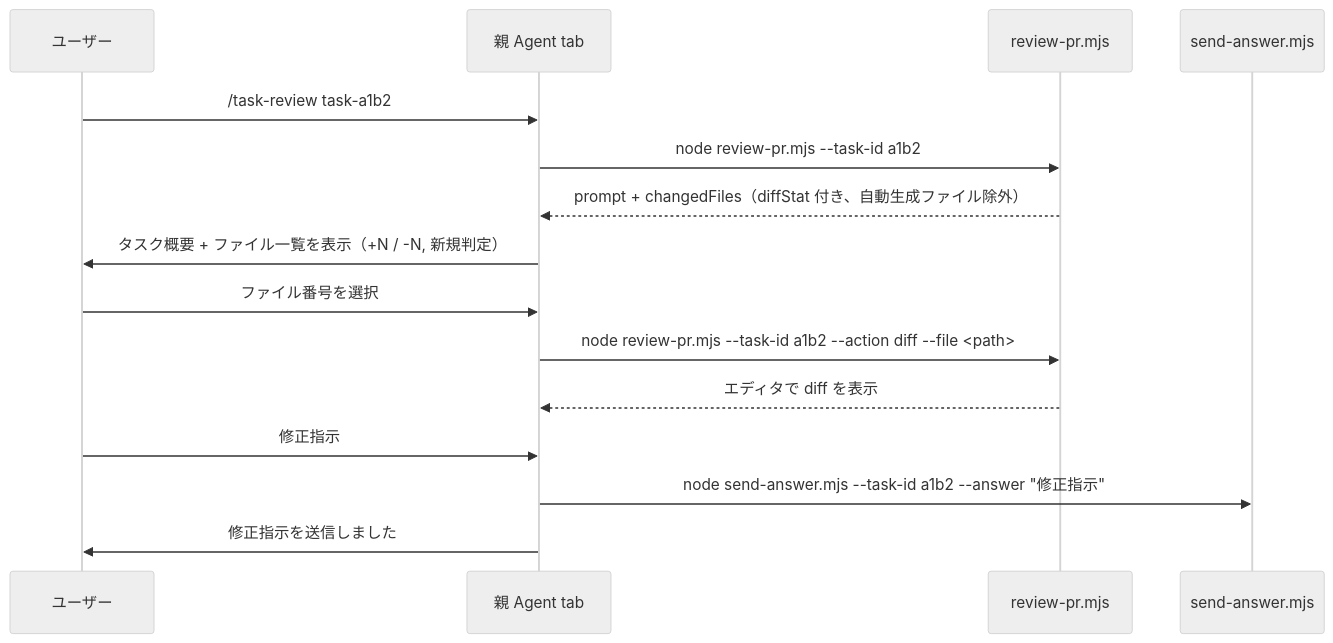
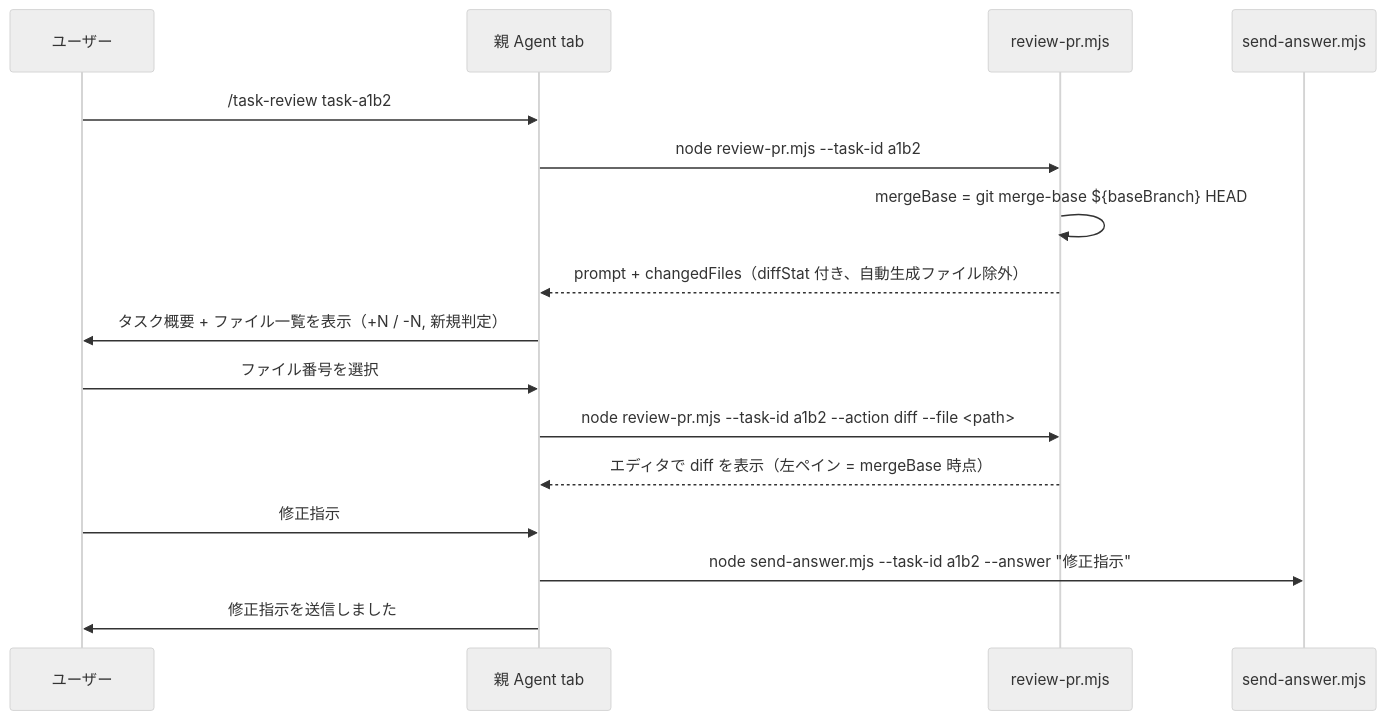
The ninth of 14 diagrams in DESIGN.md (retocrooman/cursor-power), drawn with Mermaid (neutral theme) before and after one commit. The commit also changed other lines of this file and 2 other files, not shown here.

First line of the commit message:
fix(review): use merge-base for diff baseline instead of baseBranch tip

````diff
--- a/DESIGN.md
+++ b/DESIGN.md
@@ -417,18 +423,19 @@
 ```mermaid
 sequenceDiagram
   participant U as ユーザー
   participant P as 親 Agent tab
   participant S as review-pr.mjs
   participant A as send-answer.mjs
 
   U->>P: /task-review task-a1b2
   P->>S: node review-pr.mjs --task-id a1b2
+  S->>S: mergeBase = git merge-base ${baseBranch} HEAD
   S-->>P: prompt + changedFiles（diffStat 付き、自動生成ファイル除外）
   P->>U: タスク概要 + ファイル一覧を表示（+N / -N, 新規判定）
   U->>P: ファイル番号を選択
   P->>S: node review-pr.mjs --task-id a1b2 --action diff --file <path>
-  S-->>P: エディタで diff を表示
+  S-->>P: エディタで diff を表示（左ペイン = mergeBase 時点）
   U->>P: 修正指示
   P->>A: node send-answer.mjs --task-id a1b2 --answer "修正指示"
   P->>U: 修正指示を送信しました
 ```
````
